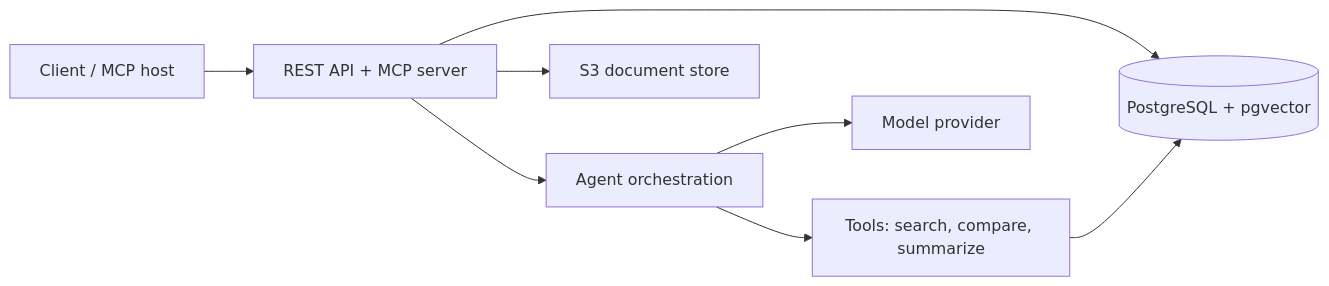
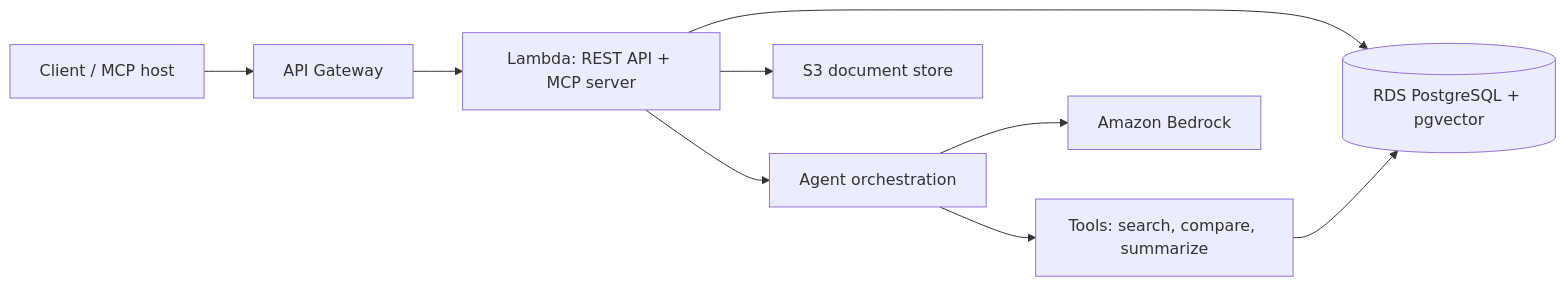
Before and after one commit to Bwebbb26/Redline: the diagram in README.md, drawn with Mermaid. The commit also changed other lines of this file and 1 other file, not shown here.

````diff
--- a/README.md
+++ b/README.md
@@ -159,10 +96,11 @@
 ```mermaid
 flowchart LR
-    A[Client / MCP host] --> B[REST API + MCP server]
-    B --> C[(PostgreSQL + pgvector)]
-    B --> D[S3 document store]
-    B --> E[Agent orchestration]
-    E --> F[Model provider]
-    E --> G[Tools: search, compare, summarize]
-    G --> C
+    A[Client / MCP host] --> B[API Gateway]
+    B --> C[Lambda: REST API + MCP server]
+    C --> D[(RDS PostgreSQL + pgvector)]
+    C --> E[S3 document store]
+    C --> F[Agent orchestration]
+    F --> G[Amazon Bedrock]
+    F --> H[Tools: search, compare, summarize]
+    H --> D
 ```
````
